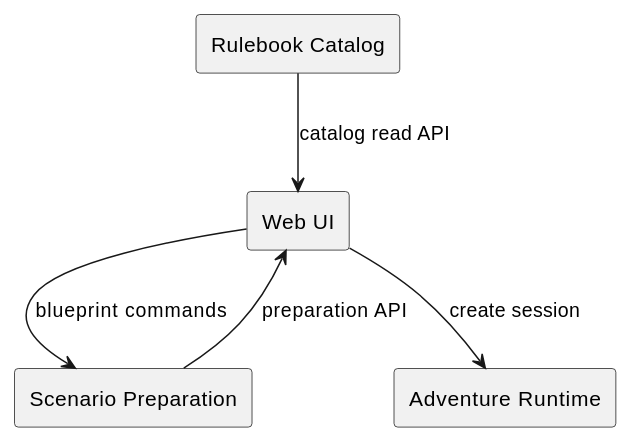
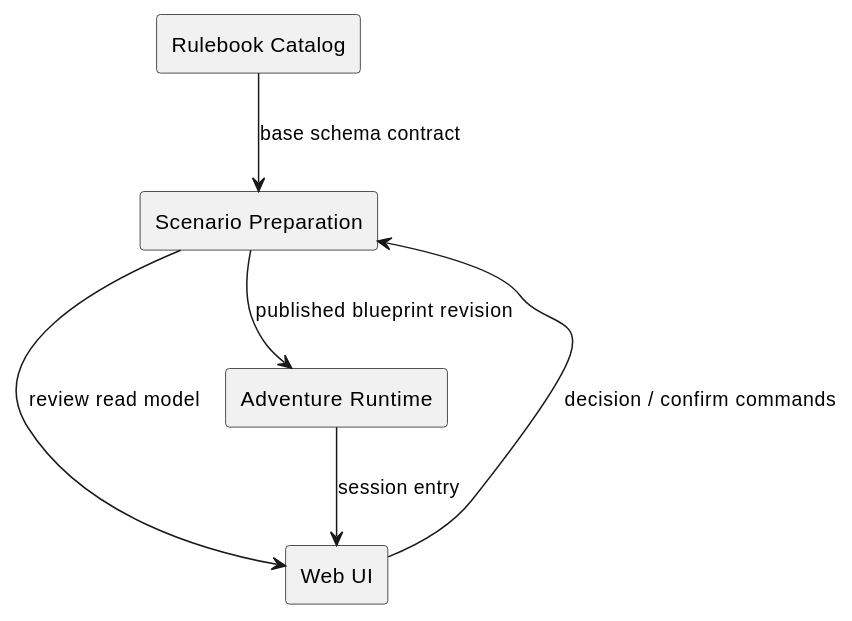
Before and after one commit to omegafrog/dnd-master: the second of 4 diagrams in docs/specs/architecture-spec.md, drawn with PlantUML. The commit also changed other lines of this file and 6 other files, not shown here.

````diff
--- a/docs/specs/architecture-spec.md
+++ b/docs/specs/architecture-spec.md
@@ -136,12 +126,13 @@
 ```plantuml
 @startuml
 rectangle "Rulebook Catalog" as catalog
 rectangle "Scenario Preparation" as preparation
 rectangle "Web UI" as ui
 rectangle "Adventure Runtime" as runtime
-catalog --> ui : catalog read API
-preparation --> ui : preparation API
-ui --> preparation : blueprint commands
-ui --> runtime : create session
+catalog --> preparation : base schema contract
+preparation --> ui : review read model
+ui --> preparation : decision / confirm commands
+preparation --> runtime : published blueprint revision
+runtime --> ui : session entry
 @enduml
 ```
````
